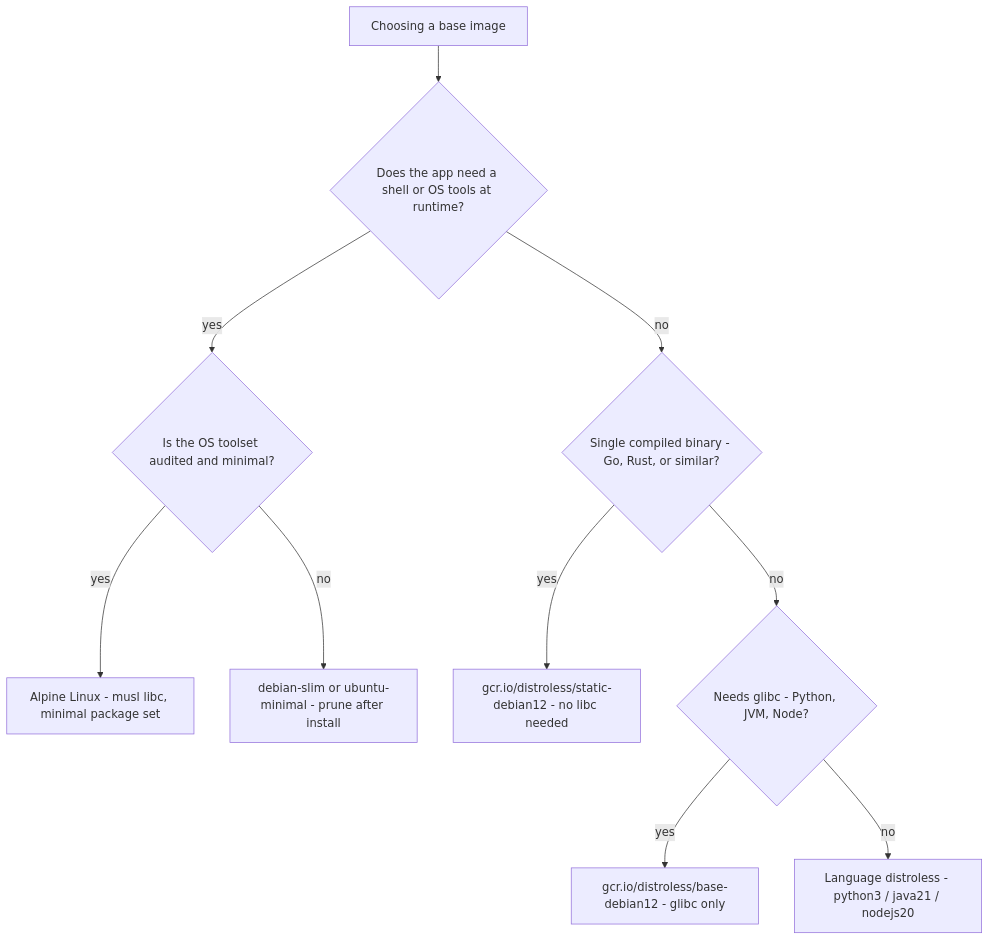
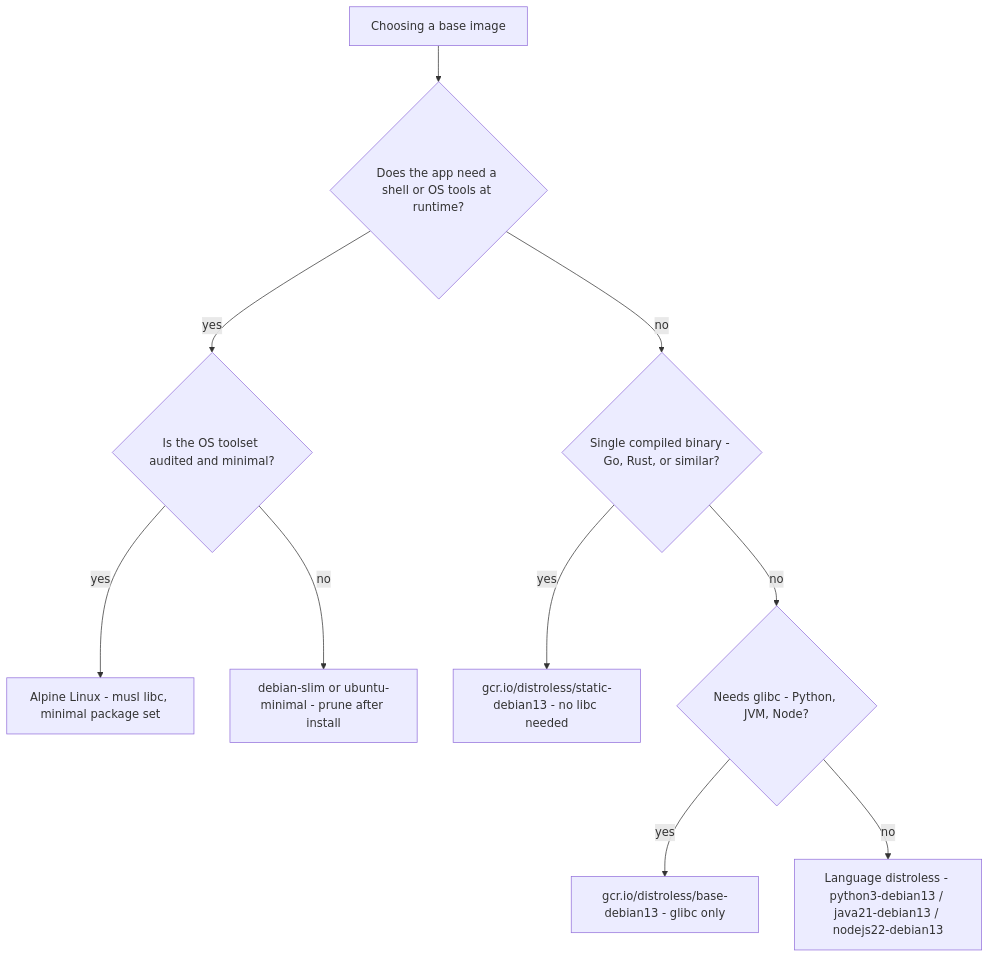
Before and after one commit to mcorbett51090/RavenClaude: the seventh of 8 diagrams in plugins/devops-cicd/knowledge/devops-cicd-decision-trees.md, drawn with Mermaid. The commit also changed other lines of this file and 26 other files, not shown here.

````diff
--- a/plugins/devops-cicd/knowledge/devops-cicd-decision-trees.md
+++ b/plugins/devops-cicd/knowledge/devops-cicd-decision-trees.md
@@ -150,12 +150,12 @@
 ```mermaid
 flowchart TD
     START[Choosing a base image] --> Q1{Does the app need a shell or OS tools at runtime?}
     Q1 -->|yes| Q2{Is the OS toolset audited and minimal?}
     Q2 -->|yes| ALPINE[Alpine Linux - musl libc, minimal package set]
     Q2 -->|no| SLIM[debian-slim or ubuntu-minimal - prune after install]
     Q1 -->|no| Q3{Single compiled binary - Go, Rust, or similar?}
-    Q3 -->|yes| DISTROLESS_STATIC[gcr.io/distroless/static-debian12 - no libc needed]
+    Q3 -->|yes| DISTROLESS_STATIC[gcr.io/distroless/static-debian13 - no libc needed]
     Q3 -->|no| Q4{Needs glibc - Python, JVM, Node?}
-    Q4 -->|yes| DISTROLESS_BASE[gcr.io/distroless/base-debian12 - glibc only]
-    Q4 -->|no| DISTROLESS_LANG[Language distroless - python3 / java21 / nodejs20]
+    Q4 -->|yes| DISTROLESS_BASE[gcr.io/distroless/base-debian13 - glibc only]
+    Q4 -->|no| DISTROLESS_LANG[Language distroless - python3-debian13 / java21-debian13 / nodejs22-debian13]
 ```
````
